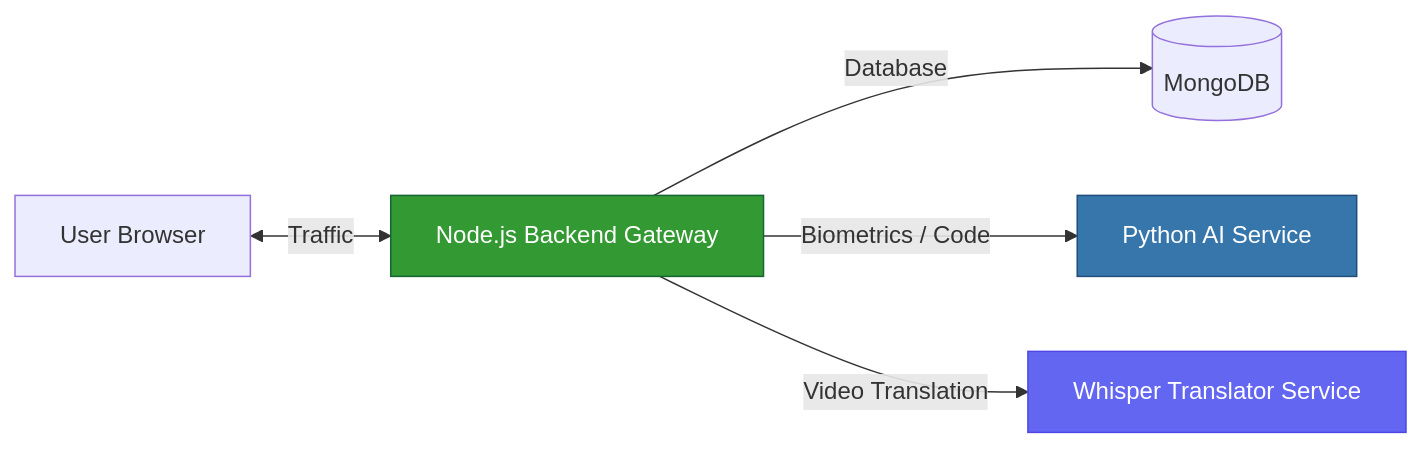
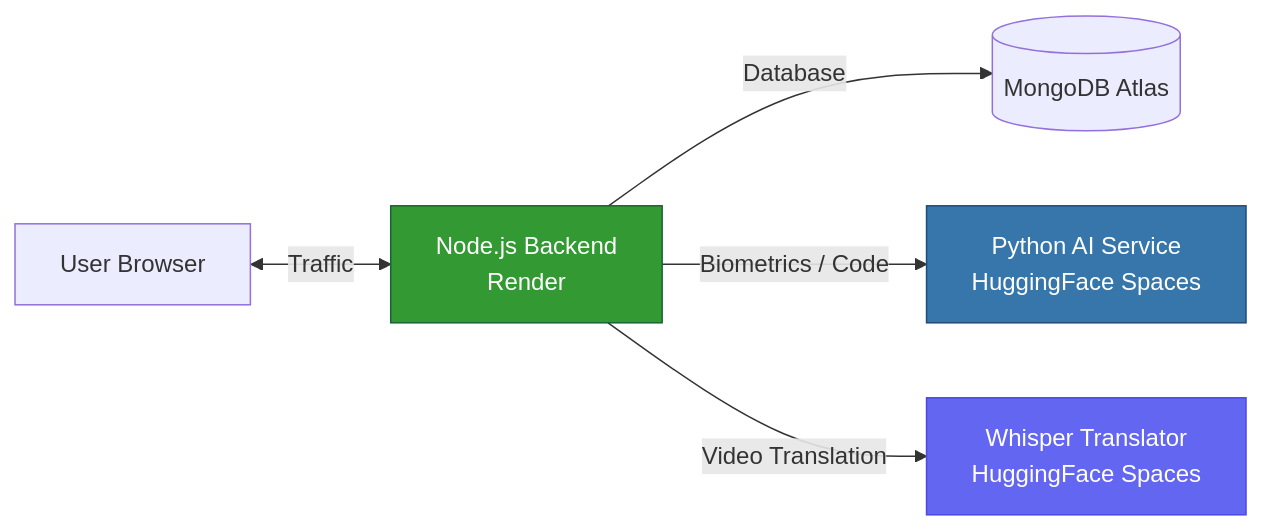
One commit to Srikarsanka/orbitai changed the second of 3 diagrams in README.md. Above: the diagram before and after it, drawn with Mermaid. The commit also changed other lines of this file, not shown here.

Commit message:
Update README with HF Spaces deployment info and architecture

````diff
--- a/README.md
+++ b/README.md
@@ -41,12 +92,12 @@
 ```mermaid
 graph LR
-    User[User Browser] <-->|Traffic| Gateway[Node.js Backend Gateway]
+    User["User Browser"] <-->|"Traffic"| Gateway["Node.js Backend<br/>Render"]
     
-    Gateway -->|Database| DB[(MongoDB)]
-    Gateway -->|Biometrics / Code| AI1[Python AI Service]
-    Gateway -->|Video Translation| AI2[Whisper Translator Service]
+    Gateway -->|"Database"| DB[("MongoDB Atlas")]
+    Gateway -->|"Biometrics / Code"| AI1["Python AI Service<br/>HuggingFace Spaces"]
+    Gateway -->|"Video Translation"| AI2["Whisper Translator<br/>HuggingFace Spaces"]
     
     style Gateway fill:#339933,color:#fff,stroke:#166534
     style AI1 fill:#3776ab,color:#fff,stroke:#1f4c7a
     style AI2 fill:#6366f1,color:#fff,stroke:#4f46e5
 ```
````
